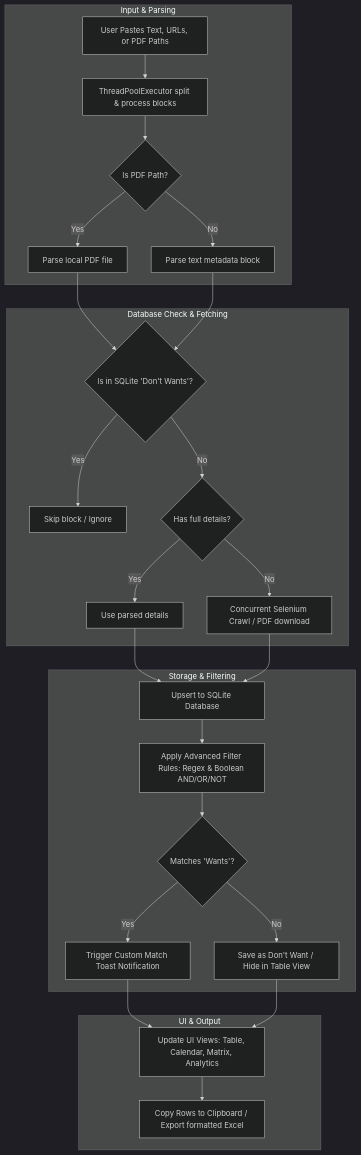
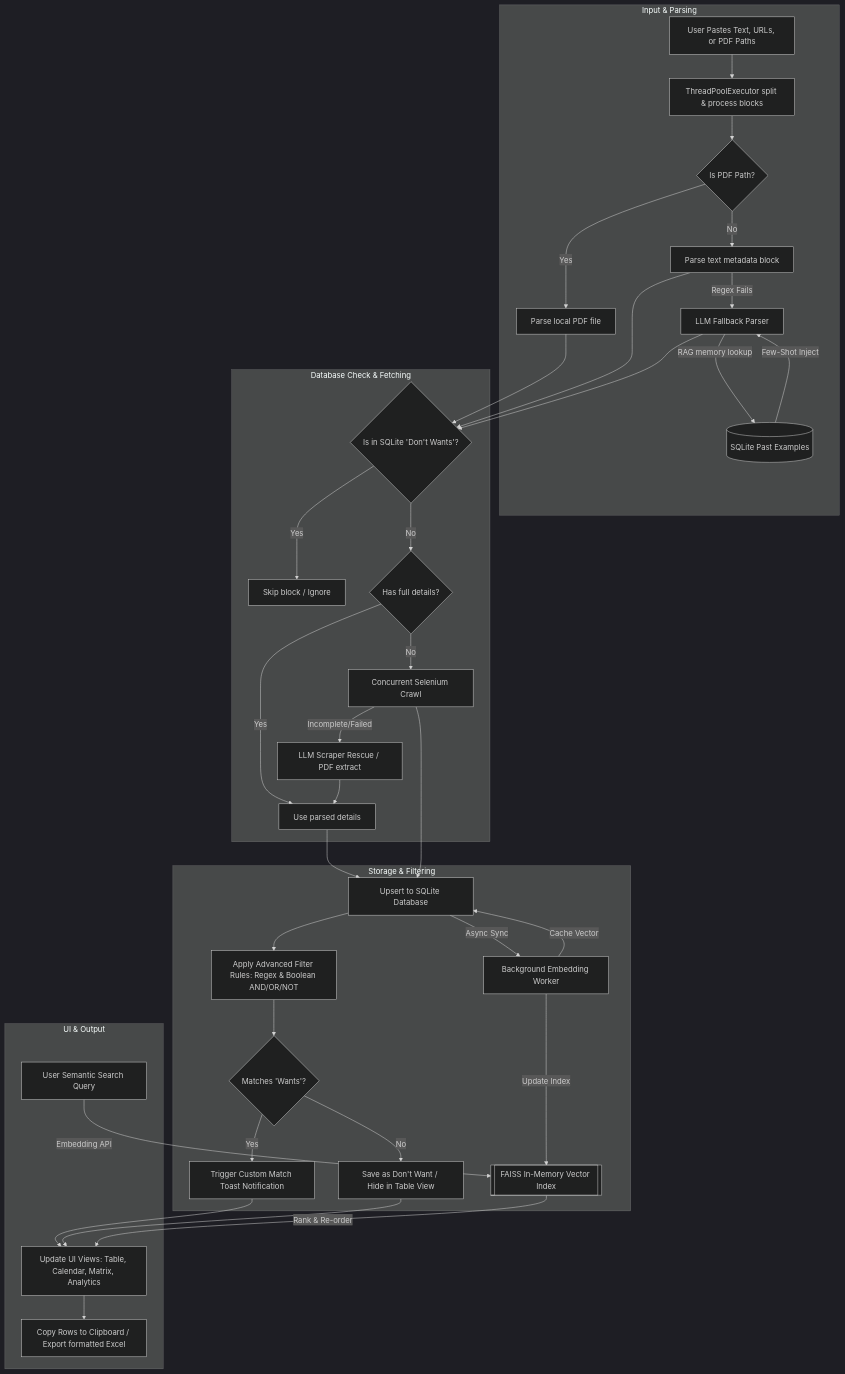
One commit to Jaiswal-ruhil/tenderTracker changed the diagram in README.md. Above: the diagram before and after it, drawn with Mermaid (dark theme).

Commit message:
docs: update Application Flow Diagram with LLM, RAG, and FAISS pipelines in README

````diff
--- a/README.md
+++ b/README.md
@@ -28,30 +28,40 @@
 ```mermaid
 flowchart TD
     subgraph Input & Parsing
         A[User Pastes Text, URLs, or PDF Paths] --> B[ThreadPoolExecutor split & process blocks]
         B --> C{Is PDF Path?}
         C -->|Yes| D[Parse local PDF file]
         C -->|No| E[Parse text metadata block]
+        E -->|Regex Fails| E_LLM[LLM Fallback Parser]
+        E_LLM -->|RAG memory lookup| DB_RAG[(SQLite Past Examples)]
+        DB_RAG -->|Few-Shot Inject| E_LLM
     end
 
     subgraph Database Check & Fetching
-        D & E --> F{Is in SQLite 'Don't Wants'?}
+        D & E & E_LLM --> F{Is in SQLite 'Don't Wants'?}
         F -->|Yes| G[Skip block / Ignore]
         F -->|No| H{Has full details?}
         H -->|Yes| I[Use parsed details]
-        H -->|No| J[Concurrent Selenium Crawl / PDF download]
+        H -->|No| J[Concurrent Selenium Crawl]
+        J -->|Incomplete/Failed| J_LLM[LLM Scraper Rescue / PDF extract]
+        J_LLM --> I
     end
 
     subgraph Storage & Filtering
         I & J --> K[Upsert to SQLite Database]
         K --> L[Apply Advanced Filter Rules: Regex & Boolean AND/OR/NOT]
         L --> M{Matches 'Wants'?}
         M -->|Yes| N[Trigger Custom Match Toast Notification]
         M -->|No| O[Save as Don't Want / Hide in Table View]
+        K -->|Async Sync| FAISS_BG[Background Embedding Worker]
+        FAISS_BG -->|Cache Vector| K
+        FAISS_BG -->|Update Index| FAISS_DB[[FAISS In-Memory Vector Index]]
     end
 
     subgraph UI & Output
         N & O --> P[Update UI Views: Table, Calendar, Matrix, Analytics]
         P --> Q[Copy Rows to Clipboard / Export formatted Excel]
+        R[User Semantic Search Query] -->|Embedding API| FAISS_DB
+        FAISS_DB -->|Rank & Re-order| P
     end
 ```
````
